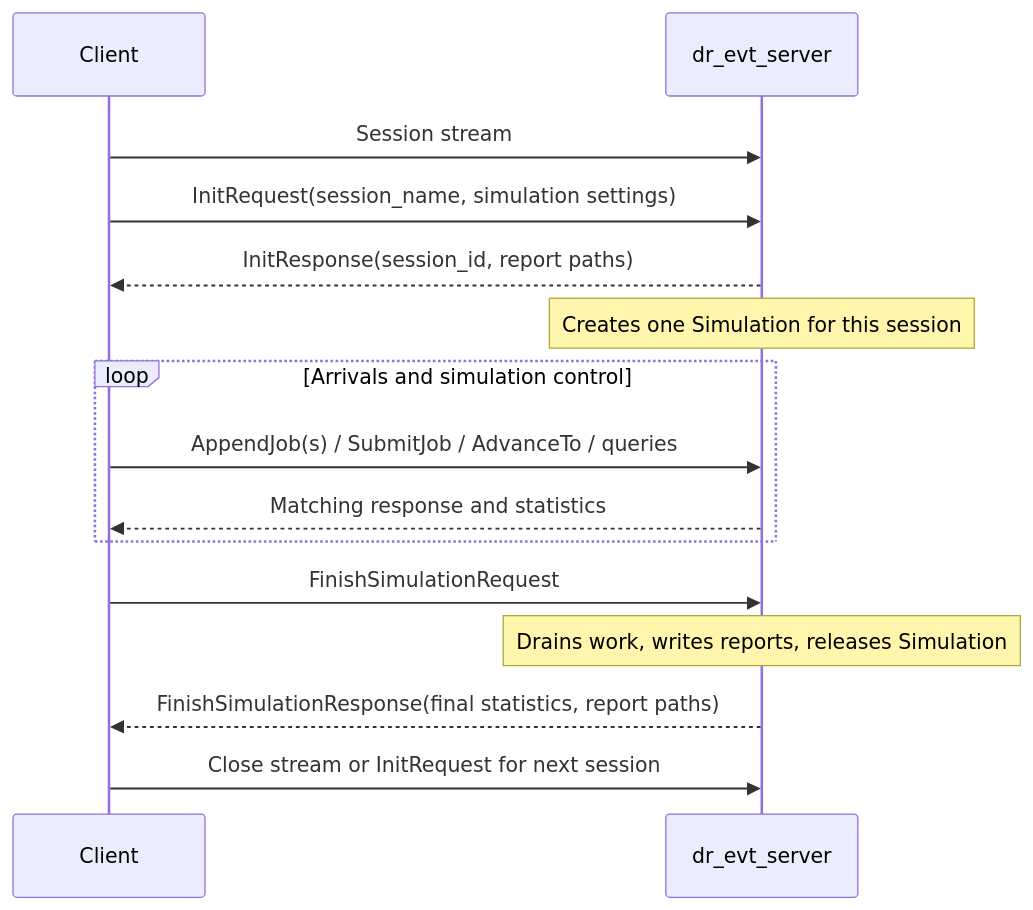
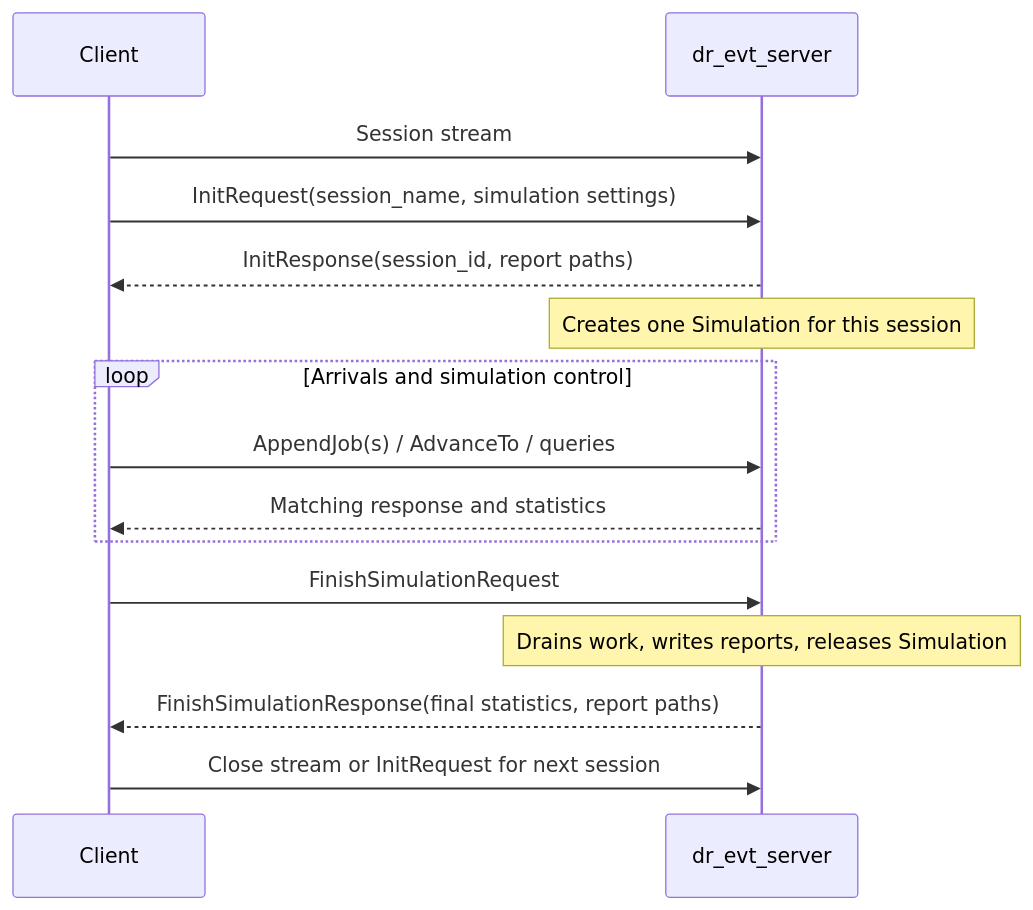
The diagram in docs/user-guide/grpc-setup.md (JaeseungYeom/dr_evt), drawn with Mermaid before and after one commit. The commit also changed other lines of this file and 53 other files, not shown here.

````diff
--- a/docs/user-guide/grpc-setup.md
+++ b/docs/user-guide/grpc-setup.md
@@ -15,19 +15,19 @@
 ```{mermaid}
 :name: client-server-session-diagram
 
 sequenceDiagram
     participant C as Client
     participant S as dr_evt_server
     C->>S: Session stream
     C->>S: InitRequest(session_name, simulation settings)
     S-->>C: InitResponse(session_id, report paths)
     Note over S: Creates one Simulation for this session
     loop Arrivals and simulation control
-        C->>S: AppendJob(s) / SubmitJob / AdvanceTo / queries
+        C->>S: AppendJob(s) / AdvanceTo / queries
         S-->>C: Matching response and statistics
     end
     C->>S: FinishSimulationRequest
     Note over S: Drains work, writes reports, releases Simulation
     S-->>C: FinishSimulationResponse(final statistics, report paths)
     C->>S: Close stream or InitRequest for next session
 ```
````
